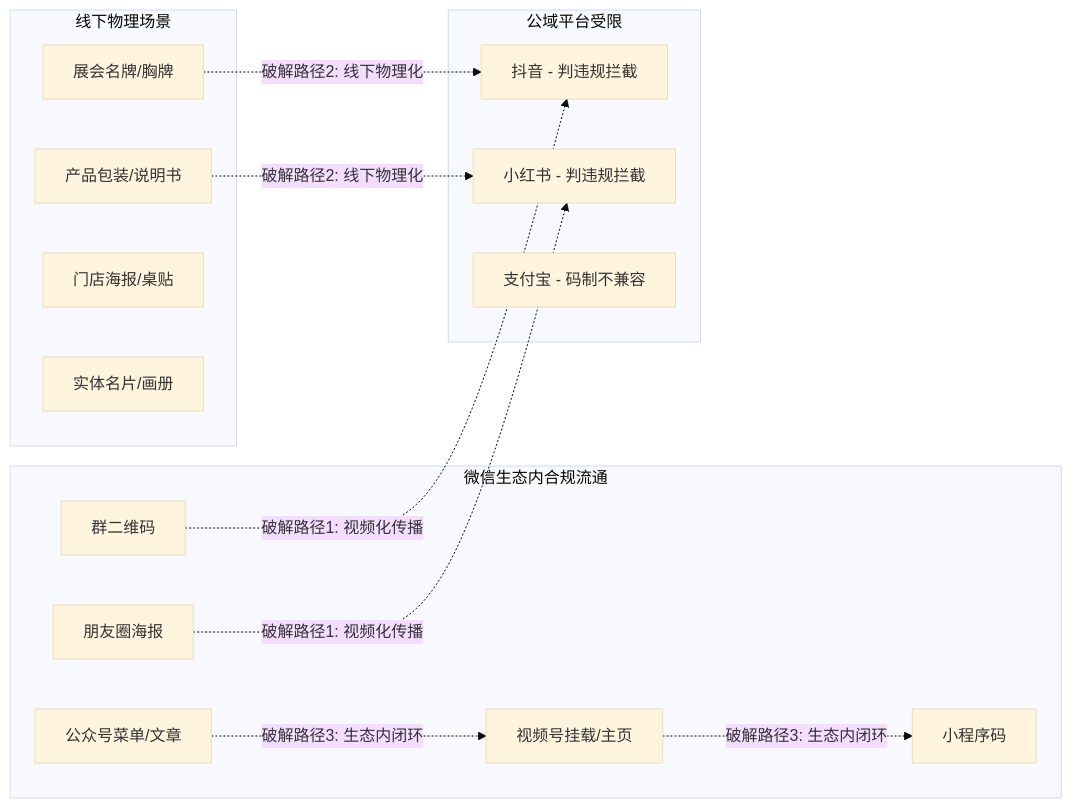
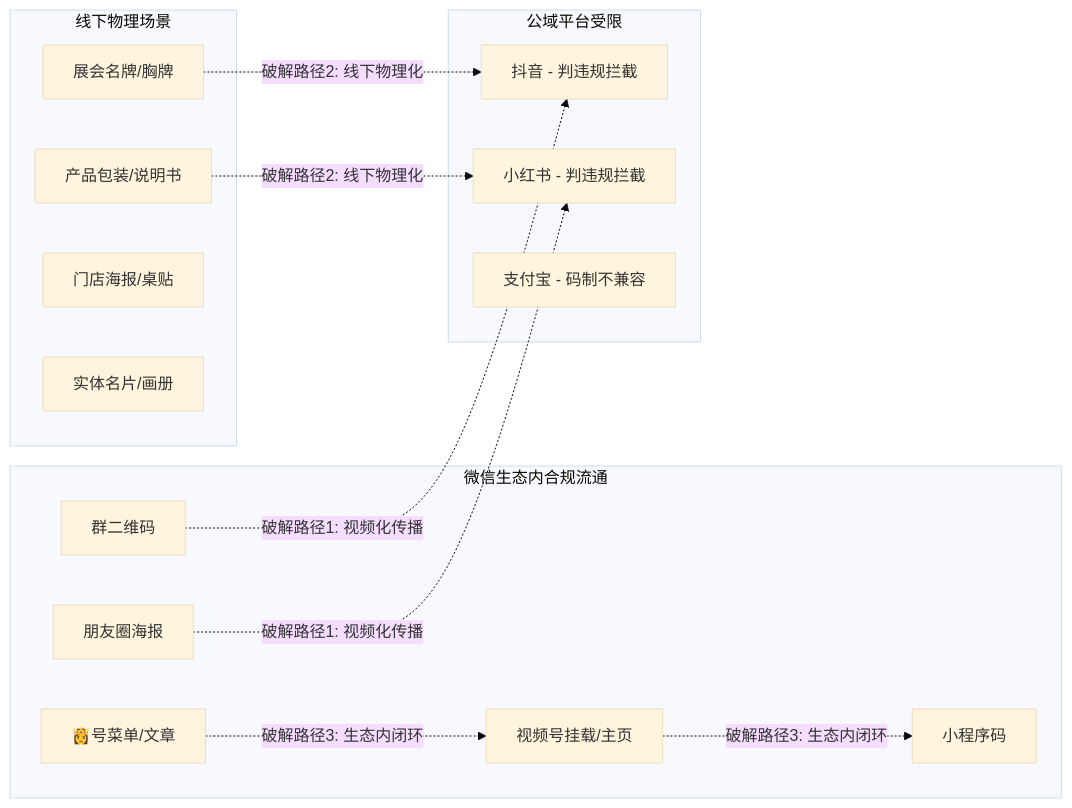
Before and after one commit to OpenDocCN1/flygon-zhuanqian-zhoubao: the fourth of 6 diagrams in docs/202303_paper2textbook/asset/body_fix_7891c2a444207f8cb3804c8e8abdf83f_7ff908831864894a704c275b2be104c2_79bdfa74d4d928e0bffae9e7ae1b0d9a_dfd1b4eaca0186821fe72ab1b2e4fd45.md, drawn with Mermaid (base theme). The commit also changed other lines of this file and 6688 other files, not shown here.

````diff
--- a/docs/202303_paper2textbook/asset/body_fix_7891c2a444207f8cb3804c8e8abdf83f_7ff908831864894a704c275b2be104c2_79bdfa74d4d928e0bffae9e7ae1b0d9a_dfd1b4eaca0186821fe72ab1b2e4fd45.md
+++ b/docs/202303_paper2textbook/asset/body_fix_7891c2a444207f8cb3804c8e8abdf83f_7ff908831864894a704c275b2be104c2_79bdfa74d4d928e0bffae9e7ae1b0d9a_dfd1b4eaca0186821fe72ab1b2e4fd45.md
@@ -215,27 +215,27 @@
 ```mermaid
 graph LR
     subgraph 微信生态内合规流通
         W1[群二维码]
         W2[朋友圈海报]
-        W3[公众号菜单/文章]
+        W3[👸号菜单/文章]
         W4[视频号挂载/主页]
         W5[小程序码]
     end
     subgraph 线下物理场景
         L1[展会名牌/胸牌]
         L2[产品包装/说明书]
         L3[门店海报/桌贴]
         L4[实体名片/画册]
     end
     subgraph 公域平台受限
         D1[抖音 - 判违规拦截]
         D2[小红书 - 判违规拦截]
         D3[支付宝 - 码制不兼容]
     end
     W1 -. 破解路径1: 视频化传播 .-> D1
     W2 -. 破解路径1: 视频化传播 .-> D2
     L1 -. 破解路径2: 线下物理化 .-> D1
     L2 -. 破解路径2: 线下物理化 .-> D2
     W3 -. 破解路径3: 生态内闭环 .-> W4
     W4 -. 破解路径3: 生态内闭环 .-> W5
 ```
````
